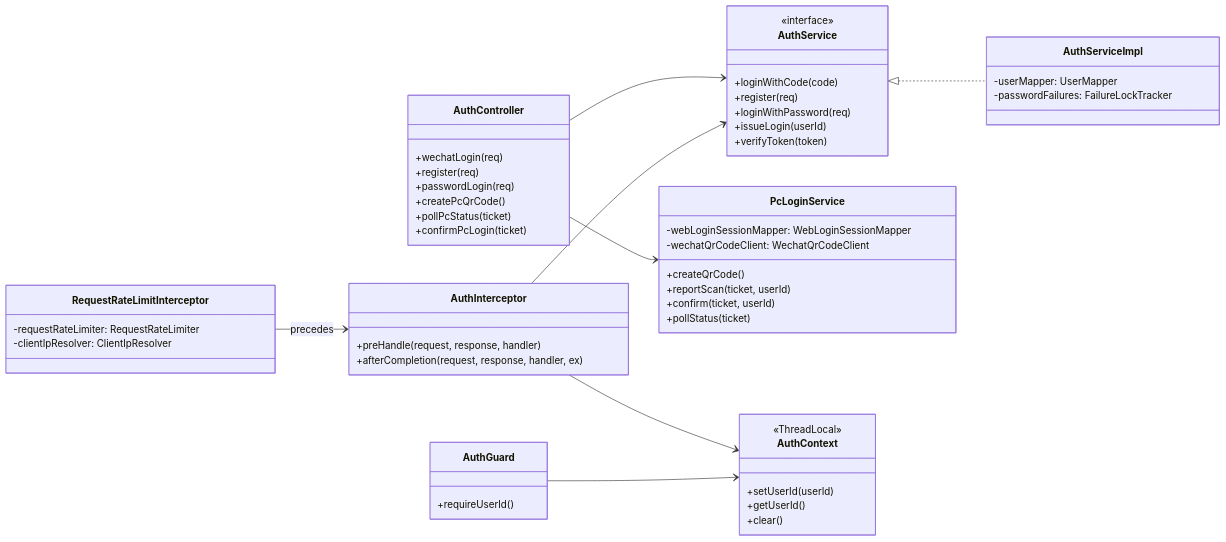
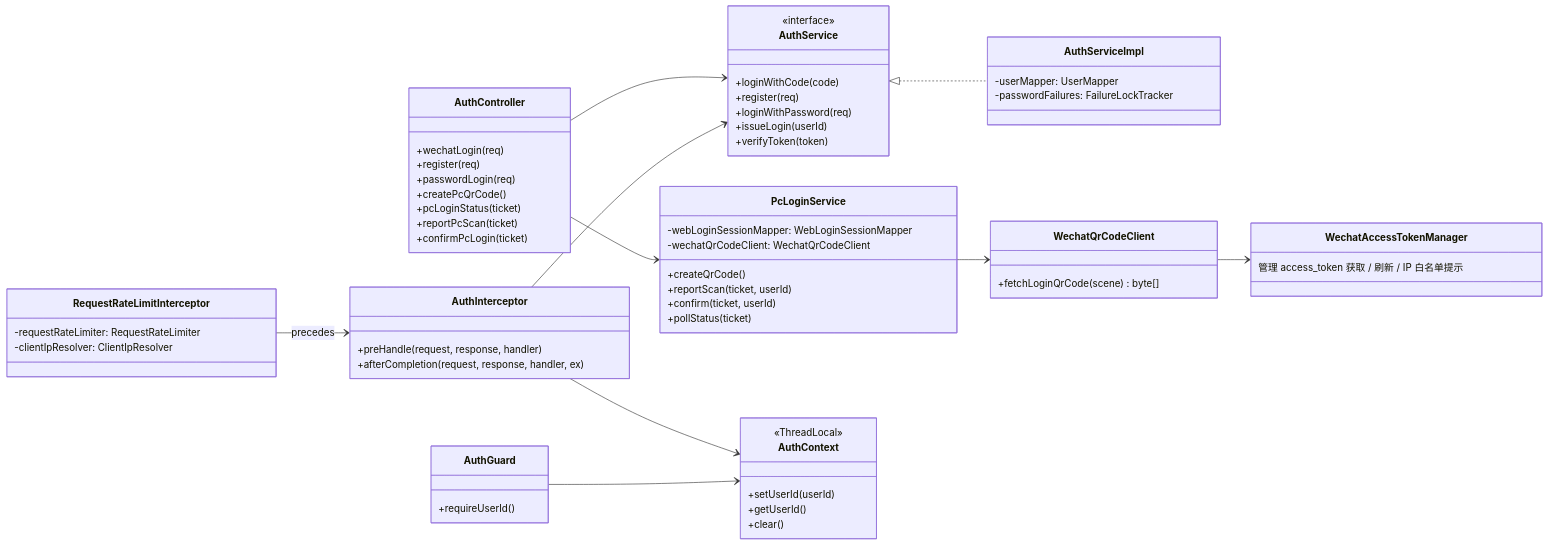
The ninth of 10 diagrams in docs/类图.md (lijingyuu/Scoring), drawn with Mermaid before and after one commit. The commit also changed other lines of this file and 13 other files, not shown here.

First line of the commit message:
docs: 文档全量同步当前版本（限流/错误码/分段规则/撤销补偿/新类视图）

````diff
--- a/docs/类图.md
+++ b/docs/类图.md
@@ -727,65 +754,76 @@
 ```mermaid
 classDiagram
 direction LR
 
 class AuthController {
   +wechatLogin(req)
   +register(req)
   +passwordLogin(req)
   +createPcQrCode()
-  +pollPcStatus(ticket)
+  +pcLoginStatus(ticket)
+  +reportPcScan(ticket)
   +confirmPcLogin(ticket)
 }
 
 class AuthService {
   <<interface>>
   +loginWithCode(code)
   +register(req)
   +loginWithPassword(req)
   +issueLogin(userId)
   +verifyToken(token)
 }
 
 class AuthServiceImpl {
   -userMapper: UserMapper
   -passwordFailures: FailureLockTracker
 }
 
 class PcLoginService {
   -webLoginSessionMapper: WebLoginSessionMapper
   -wechatQrCodeClient: WechatQrCodeClient
   +createQrCode()
   +reportScan(ticket, userId)
   +confirm(ticket, userId)
   +pollStatus(ticket)
 }
 
+class WechatQrCodeClient {
+  +fetchLoginQrCode(scene) byte[]
+}
+
+class WechatAccessTokenManager {
+  管理 access_token 获取 / 刷新 / IP 白名单提示
+}
+
 class AuthInterceptor {
   +preHandle(request, response, handler)
   +afterCompletion(request, response, handler, ex)
 }
 
 class AuthGuard {
   +requireUserId()
 }
 
 class AuthContext {
   <<ThreadLocal>>
   +setUserId(userId)
   +getUserId()
   +clear()
 }
 
 class RequestRateLimitInterceptor {
   -requestRateLimiter: RequestRateLimiter
   -clientIpResolver: ClientIpResolver
 }
 
 AuthController --> AuthService
 AuthController --> PcLoginService
+PcLoginService --> WechatQrCodeClient
+WechatQrCodeClient --> WechatAccessTokenManager
 AuthService <|.. AuthServiceImpl
 AuthInterceptor --> AuthService
 AuthInterceptor --> AuthContext
 AuthGuard --> AuthContext
 RequestRateLimitInterceptor --> AuthInterceptor : precedes
 ```
````
